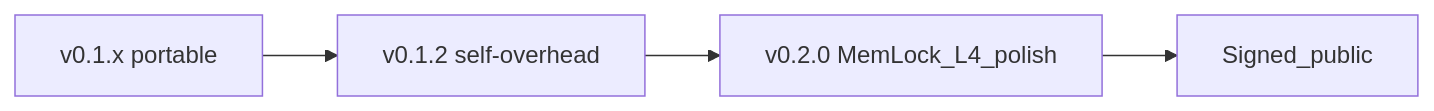
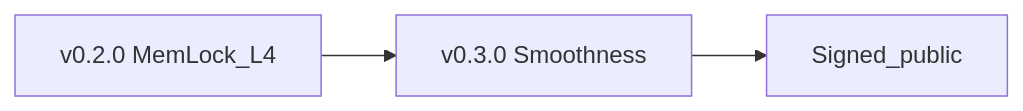
One commit to Dendro-X0/Unstick changed the diagram in docs/roadmap-next-release.md. Above: the diagram before and after it, drawn with Mermaid. The commit also changed other lines of this file and 21 other files, not shown here.

````diff
--- a/docs/roadmap-next-release.md
+++ b/docs/roadmap-next-release.md
@@ -7,8 +7,7 @@
 ```mermaid
 flowchart LR
-  v01[v0.1.x portable]
-  oh[v0.1.2 self-overhead]
-  v02[v0.2.0 MemLock_L4_polish]
+  v02[v0.2.0 MemLock_L4]
+  v03[v0.3.0 Smoothness]
   sign[Signed_public]
-  v01 --> oh --> v02 --> sign
+  v02 --> v03 --> sign
 ```
````
